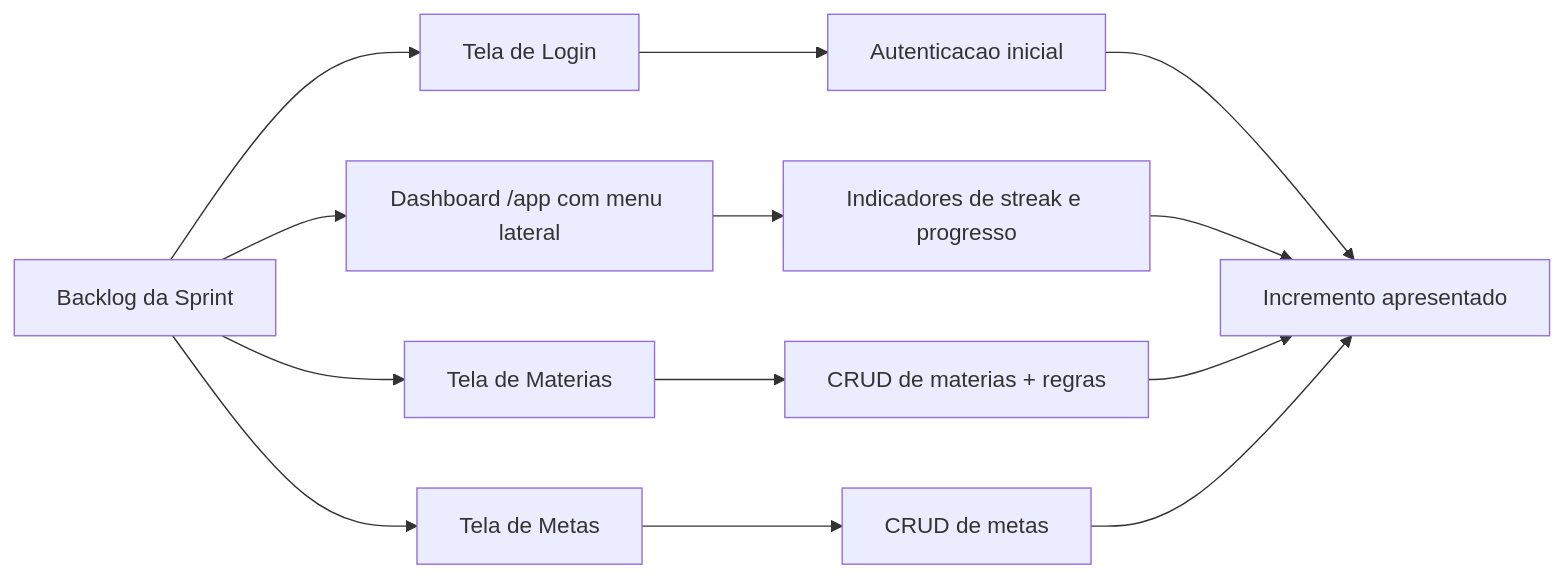
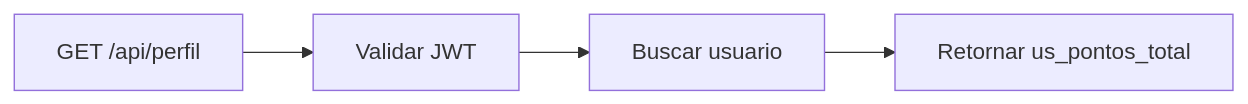
The third of 3 diagrams in docs/DIAGRAMAS_TELAS_USUARIO_FINAL.md (art4raujo0/xp-diario), drawn with Mermaid before and after one commit. The commit also changed other lines of this file and 15 other files, not shown here.

Commit message:
docs: atualizar artefatos e diagramas para conquistas e pontuação

````diff
--- a/docs/DIAGRAMAS_TELAS_USUARIO_FINAL.md
+++ b/docs/DIAGRAMAS_TELAS_USUARIO_FINAL.md
@@ -110,15 +39,6 @@
 ```mermaid
 flowchart LR
-    A[Backlog da Sprint] --> B[Tela de Login]
-    A --> C[Dashboard /app com menu lateral]
-    A --> D[Tela de Materias]
-    A --> E[Tela de Metas]
-    B --> F[Autenticacao inicial]
-    C --> G[Indicadores de streak e progresso]
-    D --> H[CRUD de materias + regras]
-    E --> I[CRUD de metas]
-    F --> J[Incremento apresentado]
-    G --> J
-    H --> J
-    I --> J
+    A[GET /api/perfil] --> B[Validar JWT]
+    B --> C[Buscar usuario]
+    C --> D[Retornar us_pontos_total]
 ```
````
